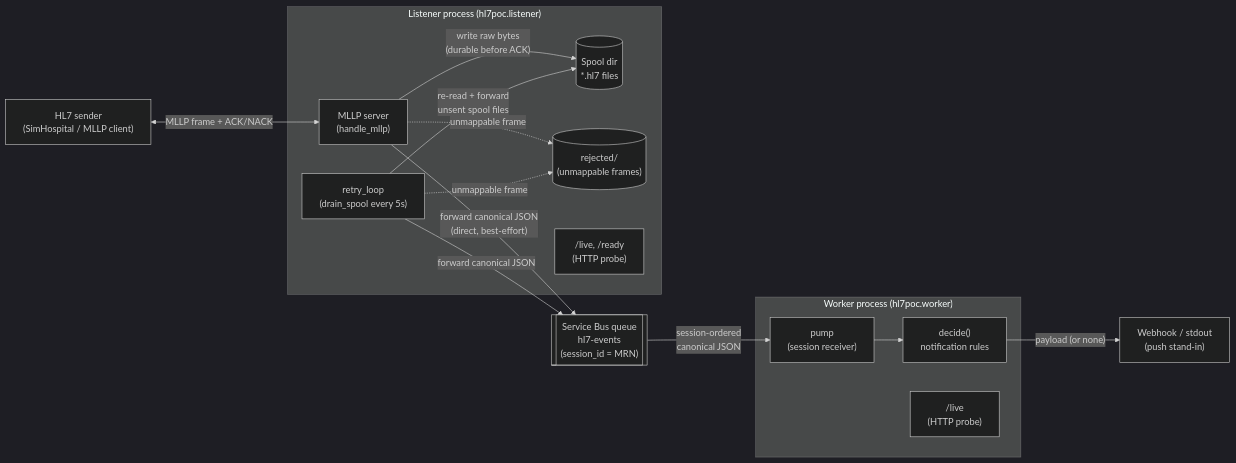
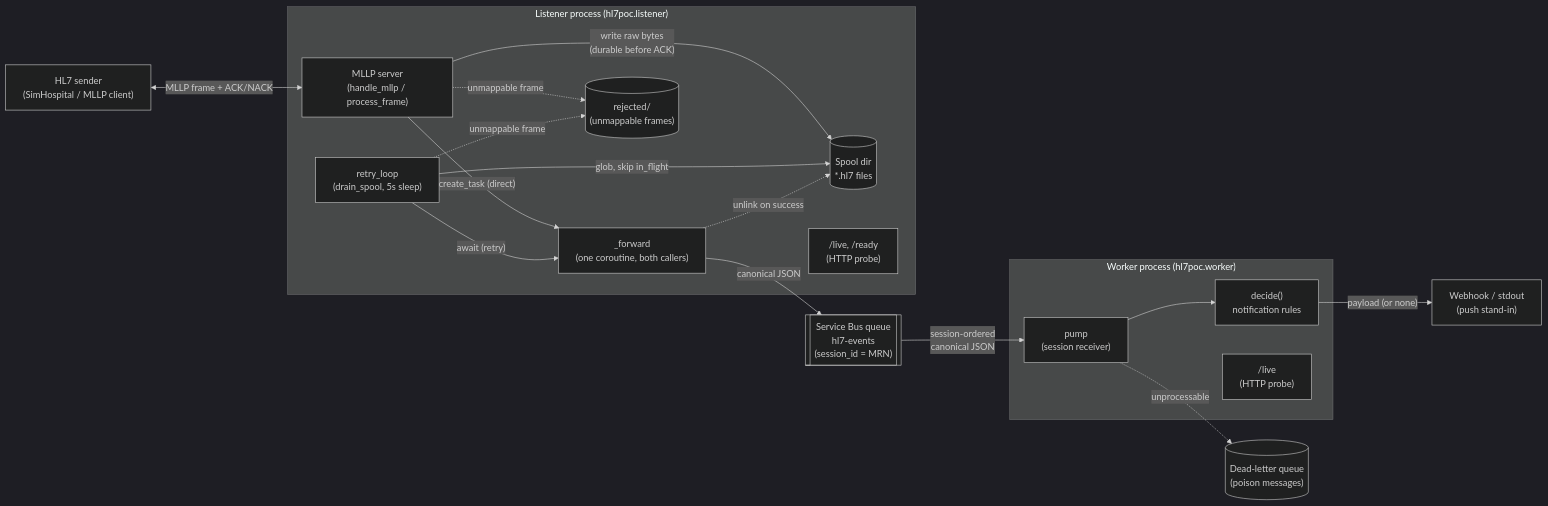
Before and after one commit to bildzeitung/hl7-poc: the first of 2 diagrams in docs/containers.md, drawn with Mermaid (dark theme). The commit also changed other lines of this file, not shown here.

First line of the commit message:
Review hl7-poc-a6t: correct diagrams against the code and GitHub Mermaid

````diff
--- a/docs/containers.md
+++ b/docs/containers.md
@@ -5,33 +5,38 @@
 ```mermaid
 flowchart LR
-    sender["HL7 sender\n(SimHospital / MLLP client)"]
+    sender["HL7 sender<br/>(SimHospital / MLLP client)"]
 
     subgraph listener_proc["Listener process (hl7poc.listener)"]
-        mllp["MLLP server\n(handle_mllp)"]
-        spool[("Spool dir\n*.hl7 files")]
-        rejected[("rejected/\n(unmappable frames)")]
-        retry["retry_loop\n(drain_spool every 5s)"]
-        probe_l["/live, /ready\n(HTTP probe)"]
+        mllp["MLLP server<br/>(handle_mllp / process_frame)"]
+        fwd["_forward<br/>(one coroutine, both callers)"]
+        spool[("Spool dir<br/>*.hl7 files")]
+        rejected[("rejected/<br/>(unmappable frames)")]
+        retry["retry_loop<br/>(drain_spool, 5s sleep)"]
+        probe_l["/live, /ready<br/>(HTTP probe)"]
     end
 
-    queue[["Service Bus queue\nhl7-events\n(session_id = MRN)"]]
+    queue[["Service Bus queue<br/>hl7-events<br/>(session_id = MRN)"]]
 
     subgraph worker_proc["Worker process (hl7poc.worker)"]
-        pump["pump\n(session receiver)"]
-        decide["decide()\nnotification rules"]
-        probe_w["/live\n(HTTP probe)"]
+        pump["pump<br/>(session receiver)"]
+        decide["decide()<br/>notification rules"]
+        probe_w["/live<br/>(HTTP probe)"]
     end
 
-    push_target["Webhook / stdout\n(push stand-in)"]
+    push_target["Webhook / stdout<br/>(push stand-in)"]
+    dlq[("Dead-letter queue<br/>(poison messages)")]
 
-    sender <-- "MLLP frame + ACK/NACK" --> mllp
-    mllp -- "write raw bytes\n(durable before ACK)" --> spool
-    mllp -- "forward canonical JSON\n(direct, best-effort)" --> queue
-    retry -- "re-read + forward\nunsent spool files" --> spool
-    retry -- "forward canonical JSON" --> queue
-    mllp -. "unmappable frame" .-> rejected
-    retry -. "unmappable frame" .-> rejected
-    queue -- "session-ordered\ncanonical JSON" --> pump
+    sender <-->|"MLLP frame + ACK/NACK"| mllp
+    mllp -->|"write raw bytes<br/>(durable before ACK)"| spool
+    mllp -->|"create_task (direct)"| fwd
+    retry -->|"glob, skip in_flight"| spool
+    retry -->|"await (retry)"| fwd
+    fwd -->|"canonical JSON"| queue
+    fwd -.->|"unlink on success"| spool
+    mllp -.->|"unmappable frame"| rejected
+    retry -.->|"unmappable frame"| rejected
+    queue -->|"session-ordered<br/>canonical JSON"| pump
     pump --> decide
-    decide -- "payload (or none)" --> push_target
+    decide -->|"payload (or none)"| push_target
+    pump -.->|"unprocessable"| dlq
 ```
````
